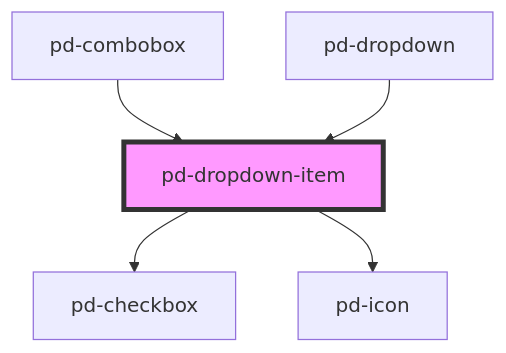
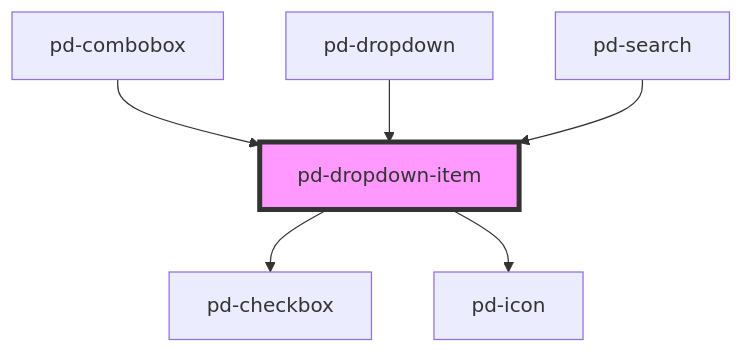
Before and after one commit to Lambda-IT/parlamentsdienste-components: the diagram in packages/core/src/components/pd-dropdown-item/readme.md, drawn with Mermaid. The commit also changed other lines of this file and 19 other files, not shown here.

````diff
--- a/packages/core/src/components/pd-dropdown-item/readme.md
+++ b/packages/core/src/components/pd-dropdown-item/readme.md
@@ -33,8 +34,9 @@
 ```mermaid
 graph TD;
   pd-dropdown-item --> pd-checkbox
   pd-dropdown-item --> pd-icon
   pd-combobox --> pd-dropdown-item
   pd-dropdown --> pd-dropdown-item
+  pd-search --> pd-dropdown-item
   style pd-dropdown-item fill:#f9f,stroke:#333,stroke-width:4px
 ```
````
